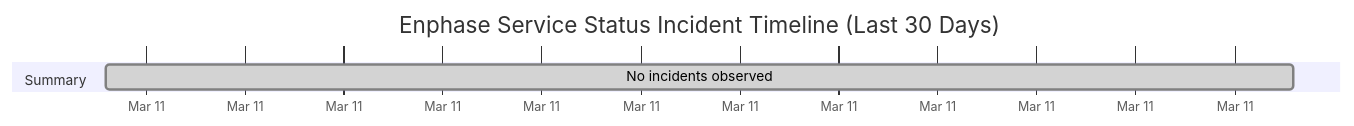
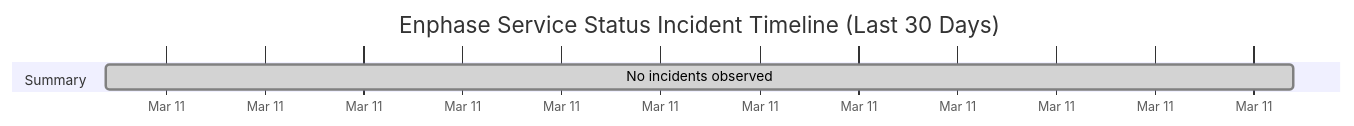
The diagram in wiki/Service-Status-History.md (barneyonline/ha-enphase-ev-charger), drawn with Mermaid before and after one commit. The commit also changed other lines of this file and 3 other files, not shown here.

````diff
--- a/wiki/Service-Status-History.md
+++ b/wiki/Service-Status-History.md
@@ -14,8 +14,8 @@
 ```mermaid
 gantt
     title Enphase Service Status Incident Timeline (Last 30 Days)
     dateFormat  YYYY-MM-DDTHH:mm:ss
     axisFormat  %b %d
     section Summary
-    No incidents observed :done, 2026-03-11T18:41:43, 1m
+    No incidents observed :done, 2026-03-11T19:36:07, 1m
 ```
````
